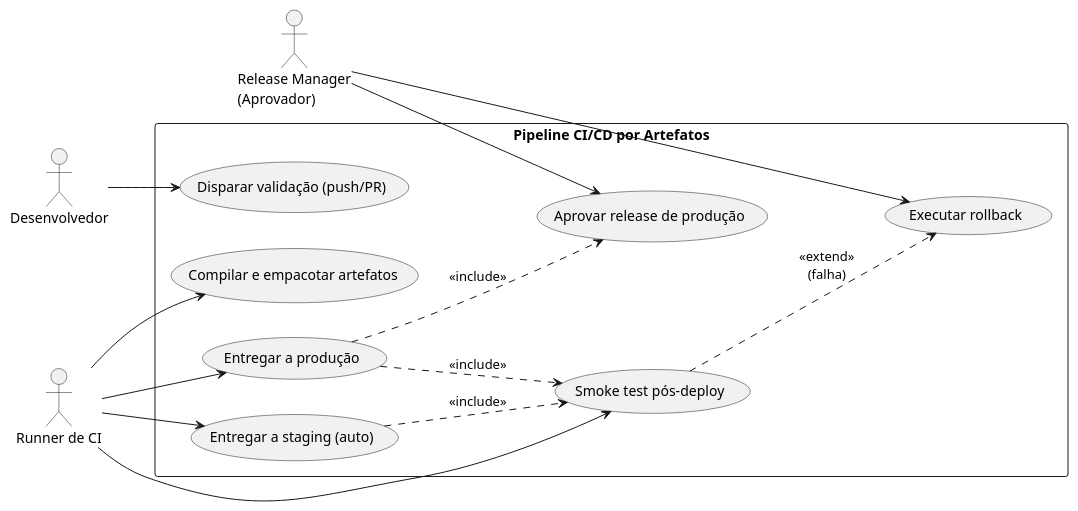
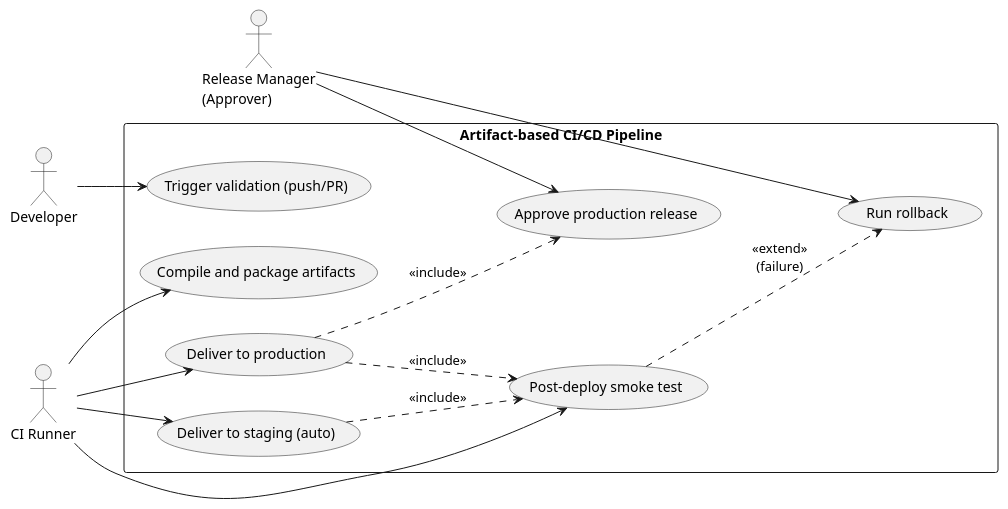
The first of 3 diagrams in specs/002-entrega-continua-artefatos/spec.md (GiovaniRodrigo/arquitetura-mach-saas-nocode), drawn with PlantUML before and after one commit. The commit also changed other lines of this file and 86 other files, not shown here.

````diff
--- a/specs/002-entrega-continua-artefatos/spec.md
+++ b/specs/002-entrega-continua-artefatos/spec.md
@@ -103,30 +103,30 @@
 ```plantuml
 @startuml
 left to right direction
-actor "Desenvolvedor" as Dev
-actor "Release Manager\n(Aprovador)" as RM
-actor "Runner de CI" as CI
+actor "Developer" as Dev
+actor "Release Manager\n(Approver)" as RM
+actor "CI Runner" as CI
 
-rectangle "Pipeline CI/CD por Artefatos" {
-  usecase "Disparar validação (push/PR)" as UC1
-  usecase "Compilar e empacotar artefatos" as UC2
-  usecase "Entregar a staging (auto)" as UC3
-  usecase "Aprovar release de produção" as UC4
-  usecase "Entregar a produção" as UC5
-  usecase "Executar rollback" as UC6
-  usecase "Smoke test pós-deploy" as UC7
+rectangle "Artifact-based CI/CD Pipeline" {
+  usecase "Trigger validation (push/PR)" as UC1
+  usecase "Compile and package artifacts" as UC2
+  usecase "Deliver to staging (auto)" as UC3
+  usecase "Approve production release" as UC4
+  usecase "Deliver to production" as UC5
+  usecase "Run rollback" as UC6
+  usecase "Post-deploy smoke test" as UC7
 }
 
 Dev --> UC1
 CI --> UC2
 CI --> UC3
 RM --> UC4
 CI --> UC5
 RM --> UC6
 CI --> UC7
 UC3 ..> UC7 : <<include>>
 UC5 ..> UC7 : <<include>>
-UC7 ..> UC6 : <<extend>>\n(falha)
+UC7 ..> UC6 : <<extend>>\n(failure)
 UC5 ..> UC4 : <<include>>
 @enduml
 ```
````
